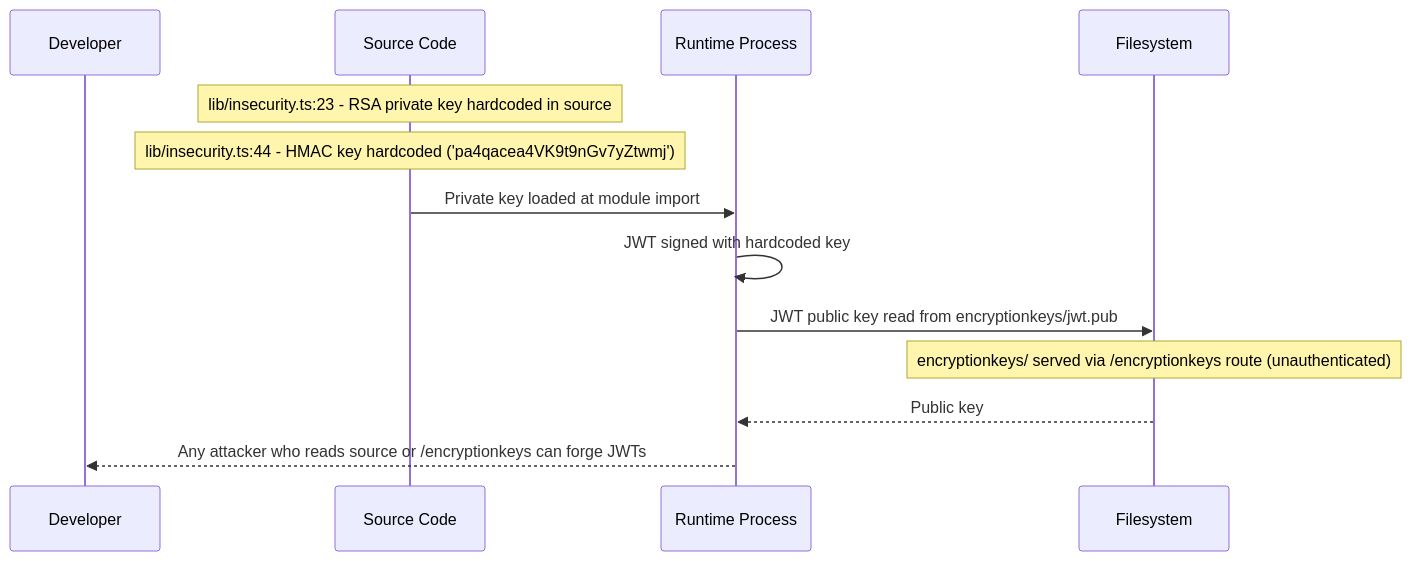
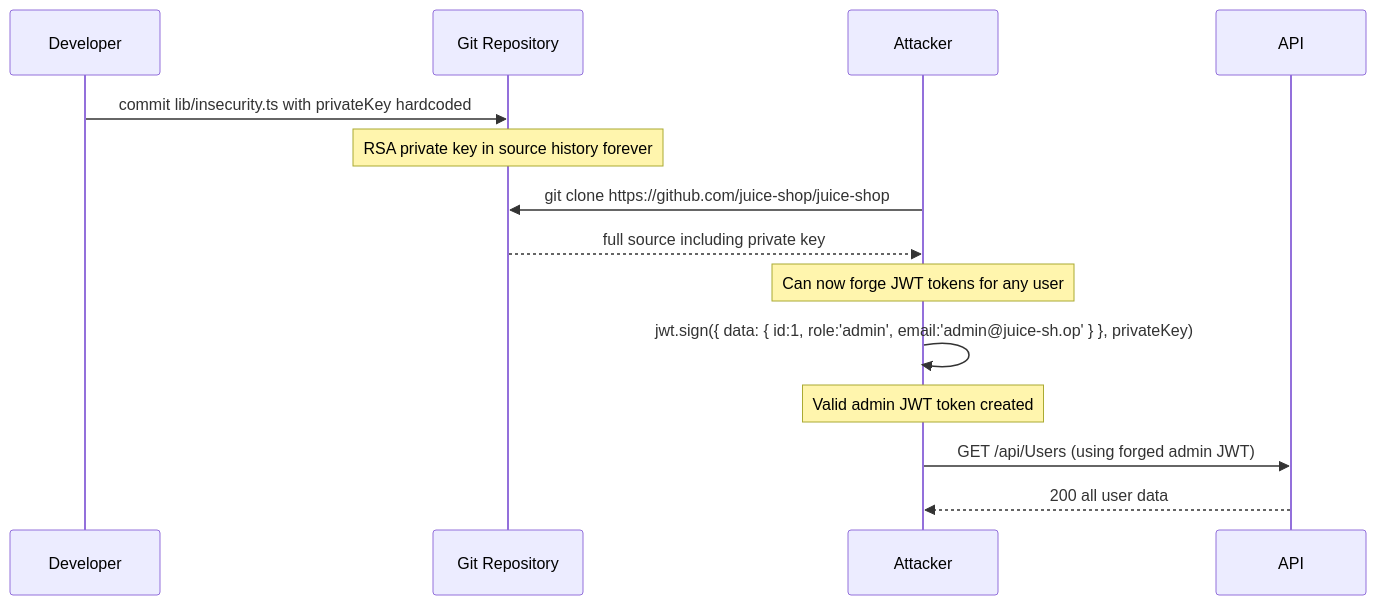
The ninth of 10 diagrams in examples/juice-shop/threat-model-sonnet.md (appsec-foundry/appsec-advisor), drawn with Mermaid before and after one commit. The commit also changed other lines of this file and 17 other files, not shown here.

````diff
--- a/examples/juice-shop/threat-model-sonnet.md
+++ b/examples/juice-shop/threat-model-sonnet.md
@@ -314,16 +402,18 @@
 ```mermaid
 sequenceDiagram
     participant DEV as Developer
-    participant CODE as Source Code
-    participant RT as Runtime Process
-    participant FS as Filesystem
+    participant GIT as Git Repository
+    participant ATTACKER as Attacker
 
-    Note over CODE: lib/insecurity.ts:23 - RSA private key hardcoded in source
-    Note over CODE: lib/insecurity.ts:44 - HMAC key hardcoded ('pa4qacea4VK9t9nGv7yZtwmj')
-    CODE->>RT: Private key loaded at module import
-    RT->>RT: JWT signed with hardcoded key
-    RT->>FS: JWT public key read from encryptionkeys/jwt.pub
-    Note over FS: encryptionkeys/ served via /encryptionkeys route (unauthenticated)
-    FS-->>RT: Public key
-    RT-->>DEV: Any attacker who reads source or /encryptionkeys can forge JWTs
+    DEV->>GIT: commit lib/insecurity.ts with privateKey hardcoded
+    Note over GIT: RSA private key in source history forever
+
+    ATTACKER->>GIT: git clone https://github.com/juice-shop/juice-shop
+    GIT-->>ATTACKER: full source including private key
+    Note over ATTACKER: Can now forge JWT tokens for any user
+
+    ATTACKER->>ATTACKER: jwt.sign({ data: { id:1, role:'admin', email:'admin@juice-sh.op' } }, privateKey)
+    Note over ATTACKER: Valid admin JWT token created
+    ATTACKER->>API: GET /api/Users (using forged admin JWT)
+    API-->>ATTACKER: 200 all user data
 ```
````
